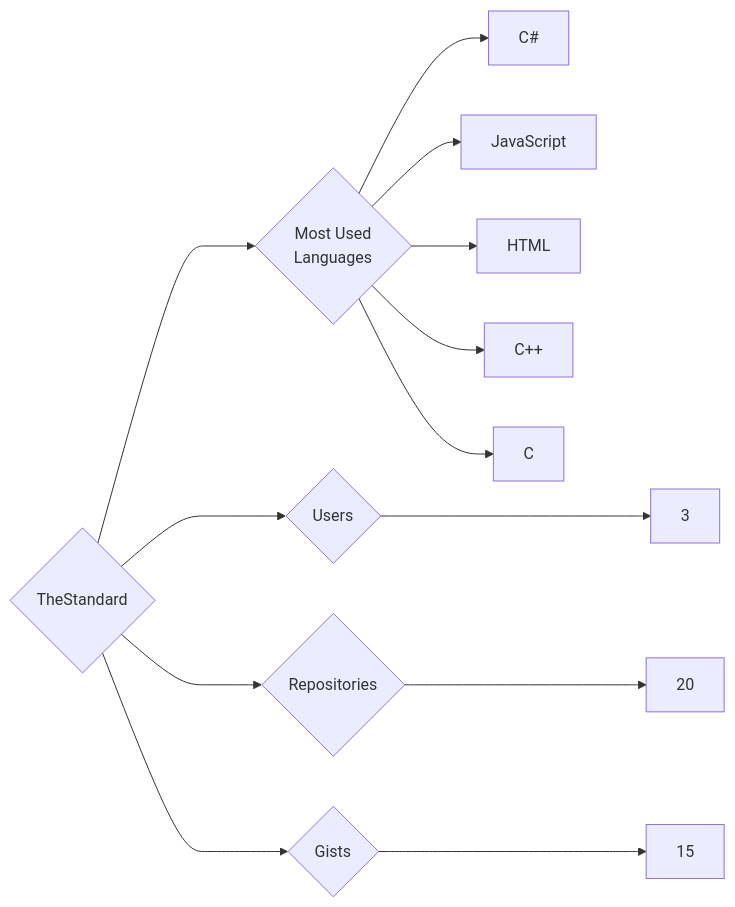
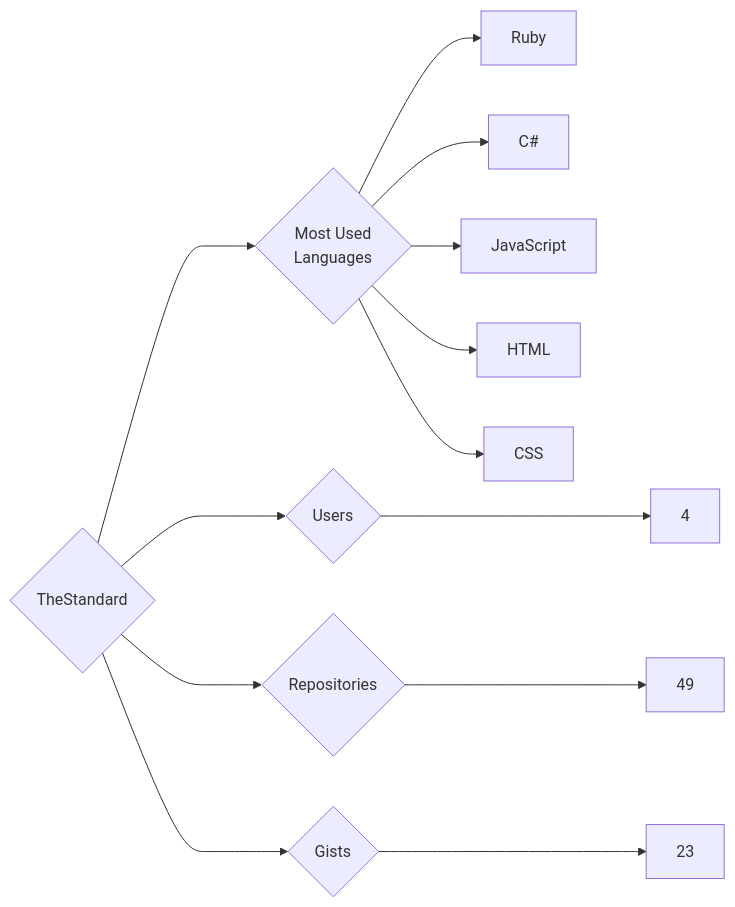
One commit to trickest/insiders changed the diagram in targets/TheStandard/README.md. Above: the diagram before and after it, drawn with Mermaid. The commit also changed 1508 other files, not shown here.

````diff
--- a/targets/TheStandard/README.md
+++ b/targets/TheStandard/README.md
@@ -3,13 +3,13 @@
 ```mermaid
 graph LR
 COMPANY_NAME{TheStandard}
-COMPANY_NAME ---> U{Users} ---> UN[3]
-COMPANY_NAME ---> R{Repositories} ---> RN[20]
-COMPANY_NAME ---> G{Gists} ---> GN[15]
+COMPANY_NAME ---> U{Users} ---> UN[4]
+COMPANY_NAME ---> R{Repositories} ---> RN[49]
+COMPANY_NAME ---> G{Gists} ---> GN[23]
 COMPANY_NAME ---> ML{Most Used<br>Languages}
+ML --> Ruby[Ruby]
 ML --> C#[C#]
 ML --> JavaScript[JavaScript]
 ML --> HTML[HTML]
-ML --> C++[C++]
-ML --> C[C]
+ML --> CSS[CSS]
 ```
````
